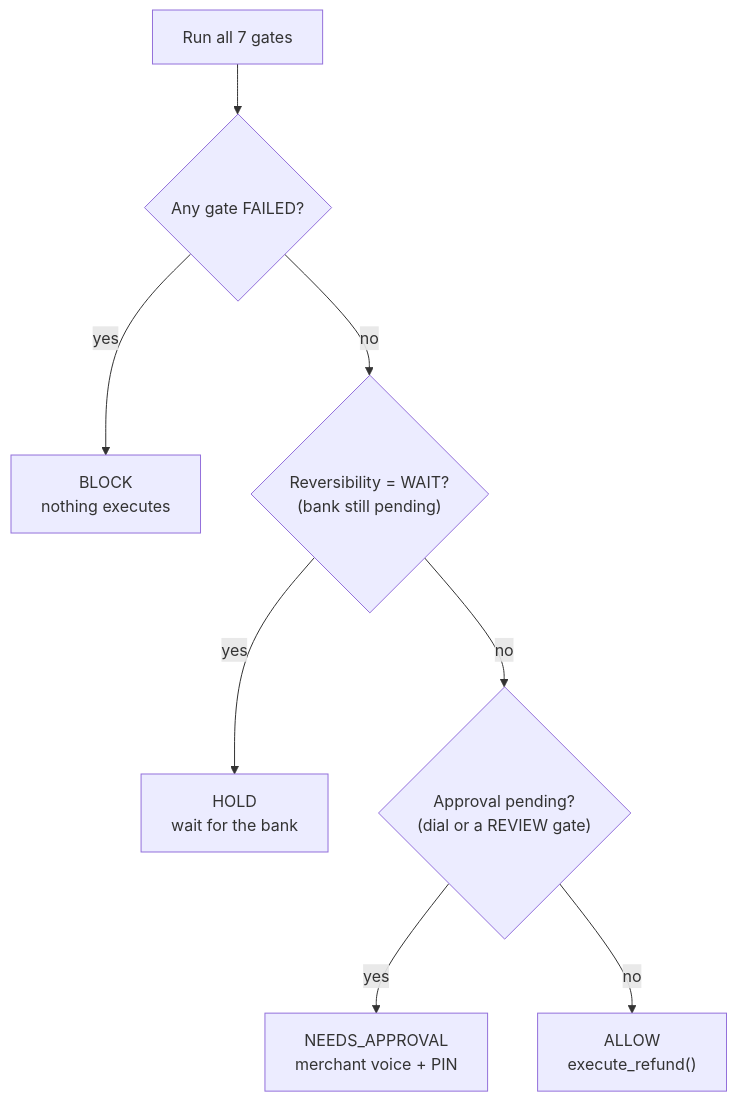
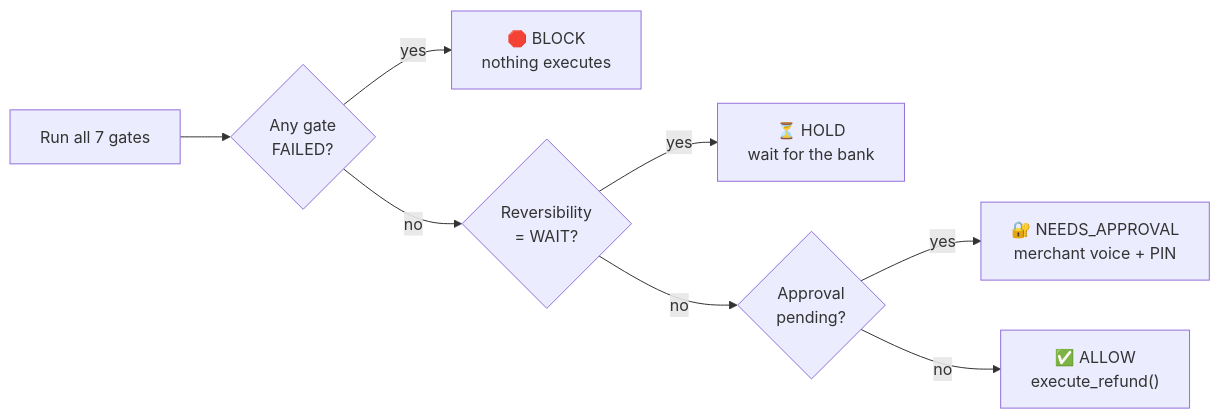
Before and after one commit to Noufalthecoder/pivaani: the first of 2 diagrams in README.md, drawn with Mermaid. The commit also changed other lines of this file and 3 other files, not shown here.

Commit message:
README: animated 2.5D pipeline, 7-gate and trust-dial diagrams with gate-by-gate walkthrough

````diff
--- a/README.md
+++ b/README.md
@@ -101,10 +117,10 @@
 ```mermaid
-flowchart TD
-    G["Run all 7 gates"] --> F{"Any gate FAILED?"}
-    F -->|yes| BLOCK["BLOCK<br/>nothing executes"]
-    F -->|no| H{"Reversibility = WAIT?<br/>(bank still pending)"}
-    H -->|yes| HOLD["HOLD<br/>wait for the bank"]
-    H -->|no| P{"Approval pending?<br/>(dial or a REVIEW gate)"}
-    P -->|yes| NA["NEEDS_APPROVAL<br/>merchant voice + PIN"]
-    P -->|no| ALLOW["ALLOW<br/>execute_refund()"]
+flowchart LR
+    G["Run all 7 gates"] --> F{"Any gate<br/>FAILED?"}
+    F -->|yes| BLOCK["🛑 BLOCK<br/>nothing executes"]
+    F -->|no| H{"Reversibility<br/>= WAIT?"}
+    H -->|yes| HOLD["⏳ HOLD<br/>wait for the bank"]
+    H -->|no| P{"Approval<br/>pending?"}
+    P -->|yes| NA["🔐 NEEDS_APPROVAL<br/>merchant voice + PIN"]
+    P -->|no| ALLOW["✅ ALLOW<br/>execute_refund()"]
 ```
````
